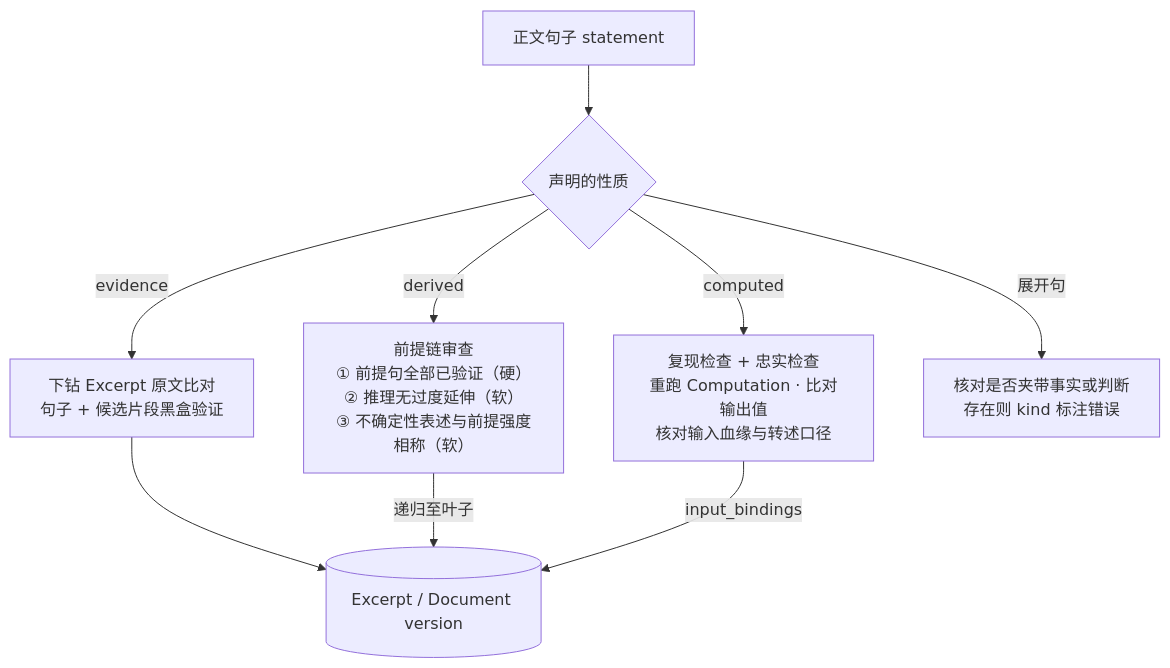
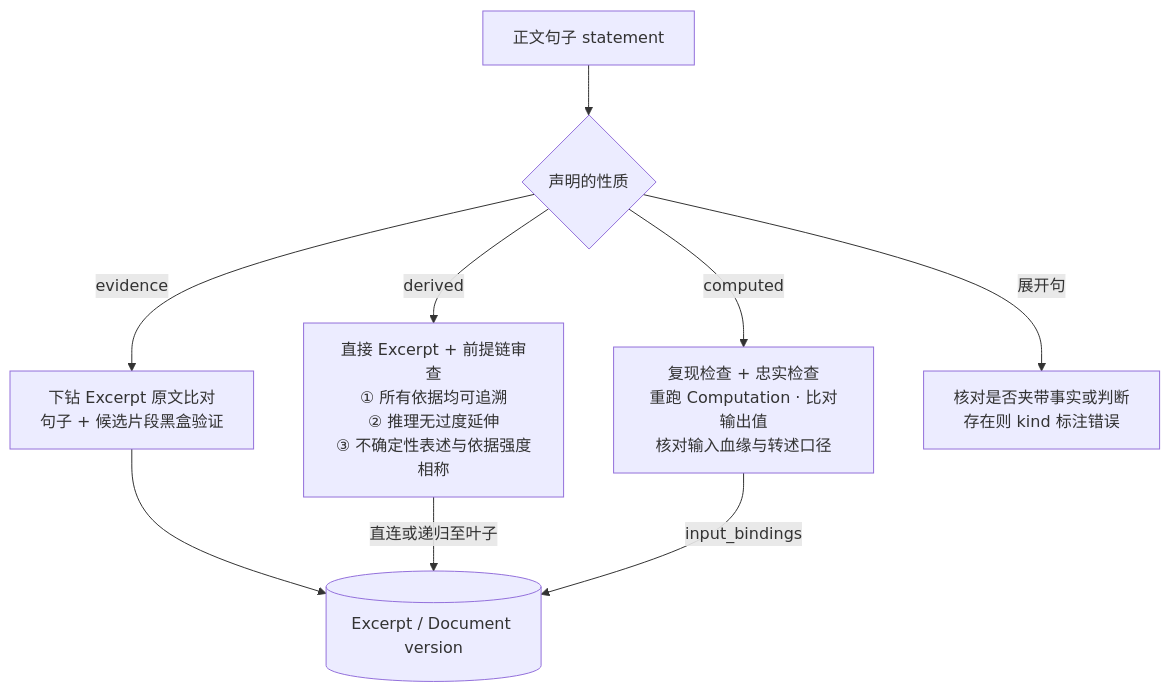
The fourth of 5 diagrams in docs/design.md (ecaps7/Prospector), drawn with Mermaid before and after one commit. The commit also changed other lines of this file and 4 other files, not shown here.

Commit message:
docs: sync design and roadmap with the stage-free plan and report review

````diff
--- a/docs/design.md
+++ b/docs/design.md
@@ -685,11 +678,11 @@
 ```mermaid
 flowchart TD
     C[正文句子 statement] --> G{声明的性质}
     G -- evidence --> VE[下钻 Excerpt 原文比对<br/>句子 + 候选片段黑盒验证]
-    G -- derived --> VD[前提链审查<br/>① 前提句全部已验证（硬）<br/>② 推理无过度延伸（软）<br/>③ 不确定性表述与前提强度相称（软）]
+    G -- derived --> VD[直接 Excerpt + 前提链审查<br/>① 所有依据均可追溯<br/>② 推理无过度延伸<br/>③ 不确定性表述与依据强度相称]
     G -- computed --> VC[复现检查 + 忠实检查<br/>重跑 Computation · 比对输出值<br/>核对输入血缘与转述口径]
     G -- 展开句 --> VN[核对是否夹带事实或判断<br/>存在则 kind 标注错误]
     VE --> X[(Excerpt / Document version)]
-    VD -- 递归至叶子 --> X
+    VD -- 直连或递归至叶子 --> X
     VC -- input_bindings --> X
 ```
````
